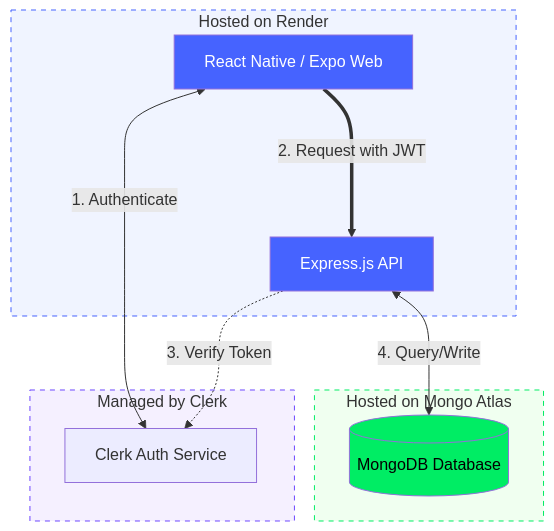
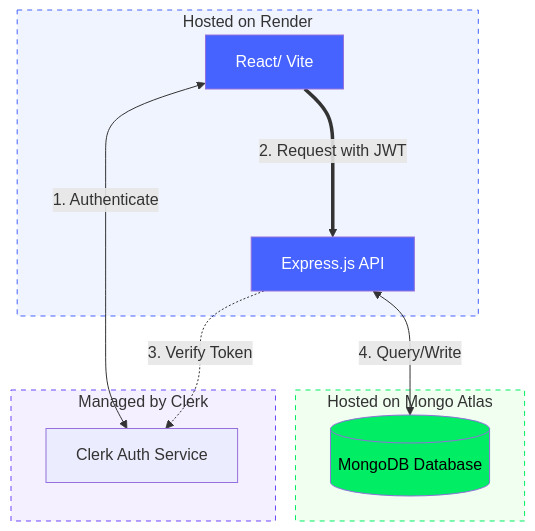
Before and after one commit to TrentSJohnson/carwash-csr-portal: the diagram in Documentation/SystemArchitecture.mermaid, drawn with Mermaid. The commit also changed 1 other file, not shown here.

```diff
--- a/Documentation/SystemArchitecture.mermaid
+++ b/Documentation/SystemArchitecture.mermaid
@@ -1,26 +1,26 @@
 graph TD
     subgraph Render_Hosting [Hosted on Render]
-        UI[React Native / Expo Web]
+        UI[React/ Vite]
         Server[Express.js API]
     end
 
     subgraph MongoDB_Atlas [Hosted on Mongo Atlas]
         DB[(MongoDB Database)]
     end
 
     subgraph Clerk_Cloud [Managed by Clerk]
         Auth[Clerk Auth Service]
     end
 
     UI <-->|1. Authenticate| Auth
     UI ===>|2. Request with JWT| Server
     Server -.->|3. Verify Token| Auth
     Server <-->|4. Query/Write| DB
 
     style Render_Hosting fill:#f0f4ff,stroke:#4663ff,stroke-dasharray: 5 5
     style MongoDB_Atlas fill:#f0fff0,stroke:#00ed64,stroke-dasharray: 5 5
     style Clerk_Cloud fill:#f5f0ff,stroke:#6c47ff,stroke-dasharray: 5 5
     
     style UI fill:#4663ff,color:#fff
     style Server fill:#4663ff,color:#fff
     style DB fill:#00ed64,color:#000
```
